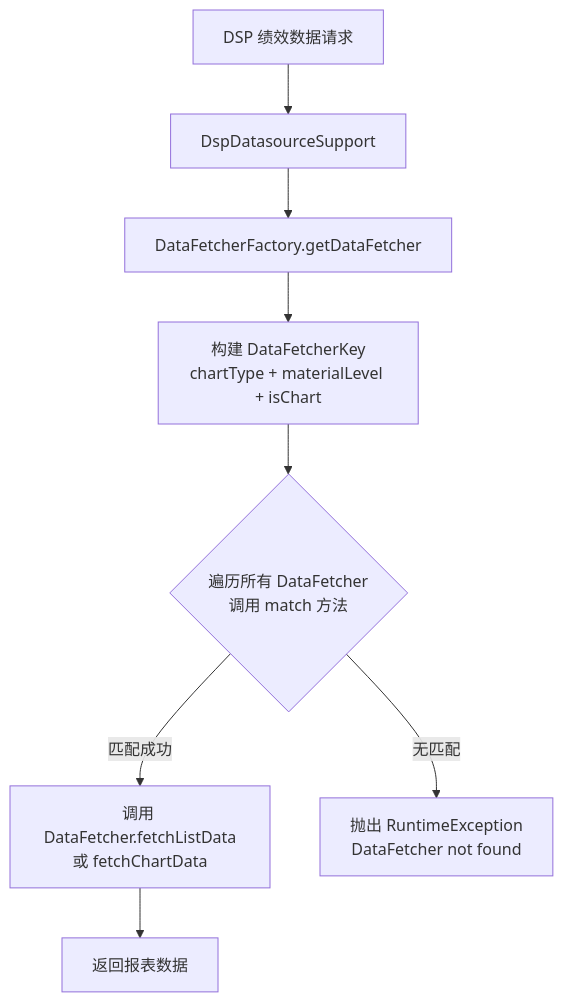
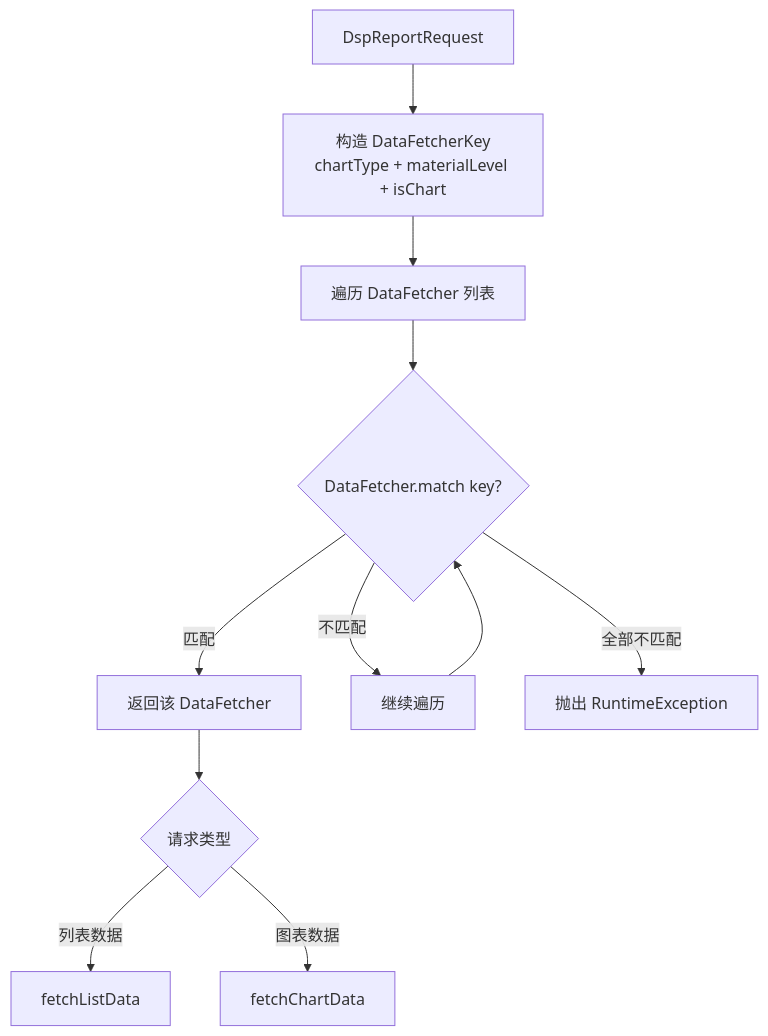
The fifth of 7 diagrams in output/04-data-source.md (suoweiwei-pacvue/document-automation), drawn with Mermaid before and after one commit. The commit also changed other lines of this file and 55 other files, not shown here.

````diff
--- a/output/04-data-source.md
+++ b/output/04-data-source.md
@@ -430,10 +498,13 @@
 ```mermaid
 flowchart TD
-    A[DSP 绩效数据请求] --> B[DspDatasourceSupport]
-    B --> C[DataFetcherFactory.getDataFetcher]
-    C --> D[构建 DataFetcherKey<br/>chartType + materialLevel + isChart]
-    D --> E{遍历所有 DataFetcher<br/>调用 match 方法}
-    E -->|匹配成功| F[调用 DataFetcher.fetchListData<br/>或 fetchChartData]
-    E -->|无匹配| G[抛出 RuntimeException<br/>DataFetcher not found]
-    F --> H[返回报表数据]
+    A[DspReportRequest] --> B[构造 DataFetcherKey<br/>chartType + materialLevel + isChart]
+    B --> C[遍历 DataFetcher 列表]
+    C --> D{DataFetcher.match key?}
+    D -->|匹配| E[返回该 DataFetcher]
+    D -->|不匹配| F[继续遍历]
+    F --> D
+    D -->|全部不匹配| G[抛出 RuntimeException]
+    E --> H{请求类型}
+    H -->|列表数据| I[fetchListData]
+    H -->|图表数据| J[fetchChartData]
 ```
````
